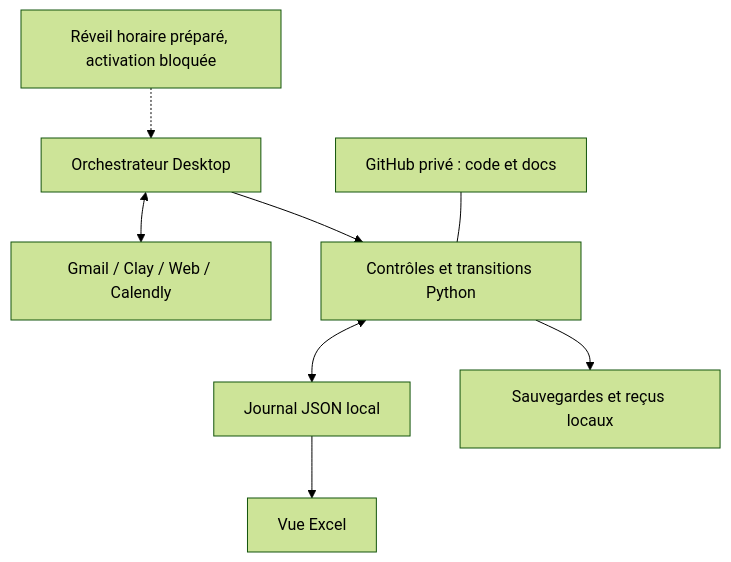
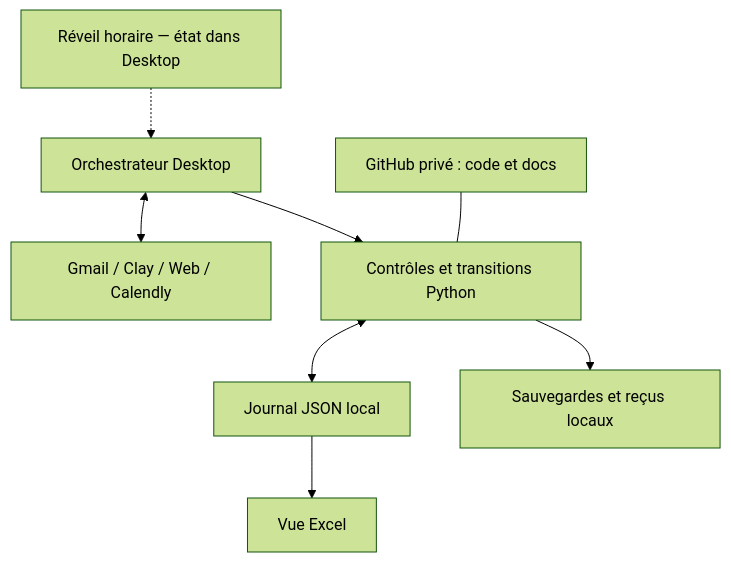
Before and after one commit to spykernv/gtm-vision-pnl: the diagram in README.md, drawn with Mermaid (forest theme). The commit also changed other lines of this file and 14 other files, not shown here.

````diff
--- a/README.md
+++ b/README.md
@@ -63,10 +65,10 @@
 ```mermaid
 flowchart TD
   Desktop[Orchestrateur Desktop] <--> Plugins[Gmail / Clay / Web / Calendly]
   Desktop --> Python[Contrôles et transitions Python]
   Python <--> JSON[Journal JSON local]
   Python --> Recovery[Sauvegardes et reçus locaux]
   JSON --> Excel[Vue Excel]
-  Timer[Réveil horaire préparé, activation bloquée] -.-> Desktop
+  Timer[Réveil horaire — état dans Desktop] -.-> Desktop
   Repo[GitHub privé : code et docs] --- Python
 ```
````
